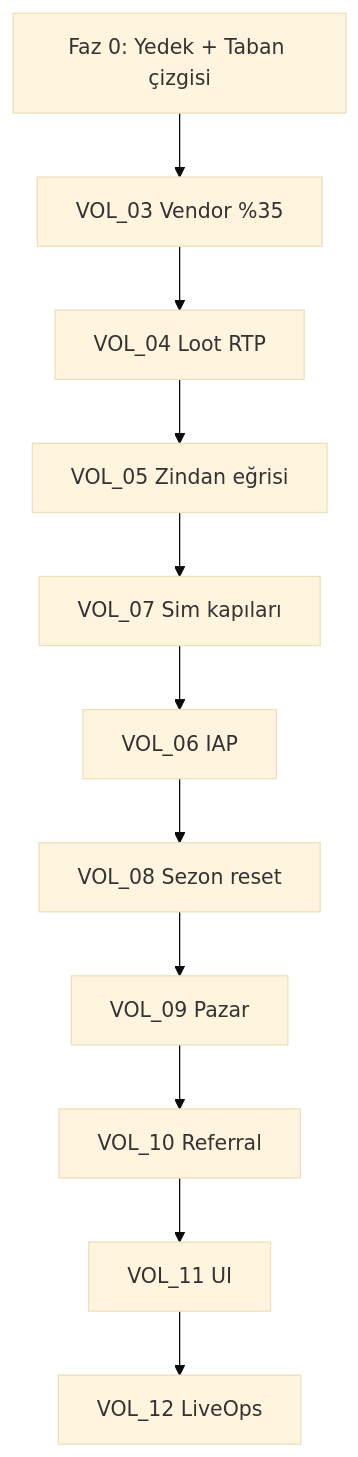
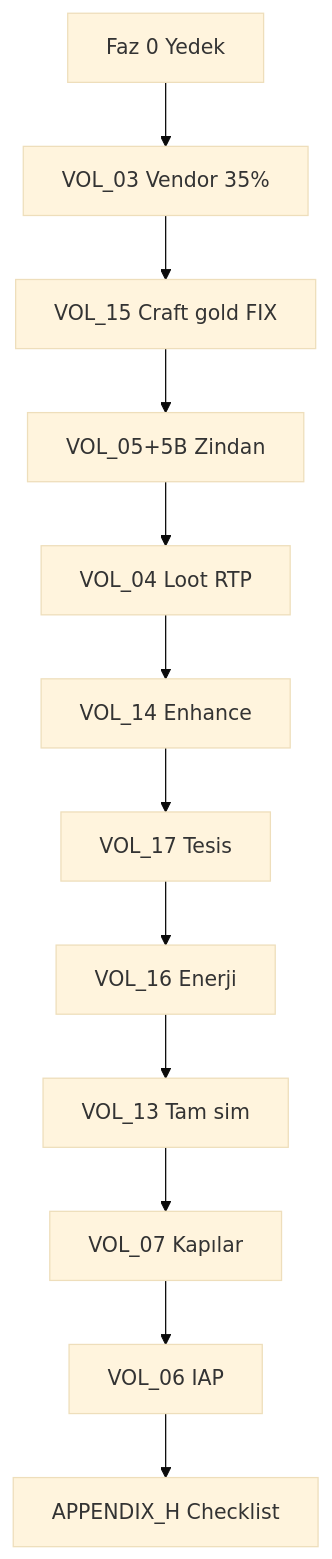
Before and after one commit to selcukksezer/gkk_flutter: the diagram in mdplans and prompts/PLAN_14_ECONOMY_IMPLEMENTATION/00_MASTER_INDEX.md, drawn with Mermaid (base theme). The commit also changed other lines of this file and 100 other files, not shown here.

````diff
--- a/mdplans and prompts/PLAN_14_ECONOMY_IMPLEMENTATION/00_MASTER_INDEX.md
+++ b/mdplans and prompts/PLAN_14_ECONOMY_IMPLEMENTATION/00_MASTER_INDEX.md
@@ -109,25 +118,27 @@
 ```mermaid
 flowchart TD
-  F0[Faz 0: Yedek + Taban çizgisi]
-  V3[VOL_03 Vendor %35]
+  F0[Faz 0 Yedek]
+  V3[VOL_03 Vendor 35%]
+  V15[VOL_15 Craft gold FIX]
+  V5[VOL_05+5B Zindan]
   V4[VOL_04 Loot RTP]
-  V5[VOL_05 Zindan eğrisi]
-  V7[VOL_07 Sim kapıları]
+  V14[VOL_14 Enhance]
+  V17[VOL_17 Tesis]
+  V16[VOL_16 Enerji]
+  V13[VOL_13 Tam sim]
+  V7[VOL_07 Kapılar]
   V6[VOL_06 IAP]
-  V8[VOL_08 Sezon reset]
-  V9[VOL_09 Pazar]
-  V10[VOL_10 Referral]
-  V11[VOL_11 UI]
-  V12[VOL_12 LiveOps]
+  VH[APPENDIX_H Checklist]
 
   F0 --> V3
-  V3 --> V4
-  V4 --> V5
-  V5 --> V7
+  V3 --> V15
+  V15 --> V5
+  V5 --> V4
+  V4 --> V14
+  V14 --> V17
+  V17 --> V16
+  V16 --> V13
+  V13 --> V7
   V7 --> V6
-  V6 --> V8
-  V8 --> V9
-  V9 --> V10
-  V10 --> V11
-  V11 --> V12
+  V6 --> VH
 ```
````
